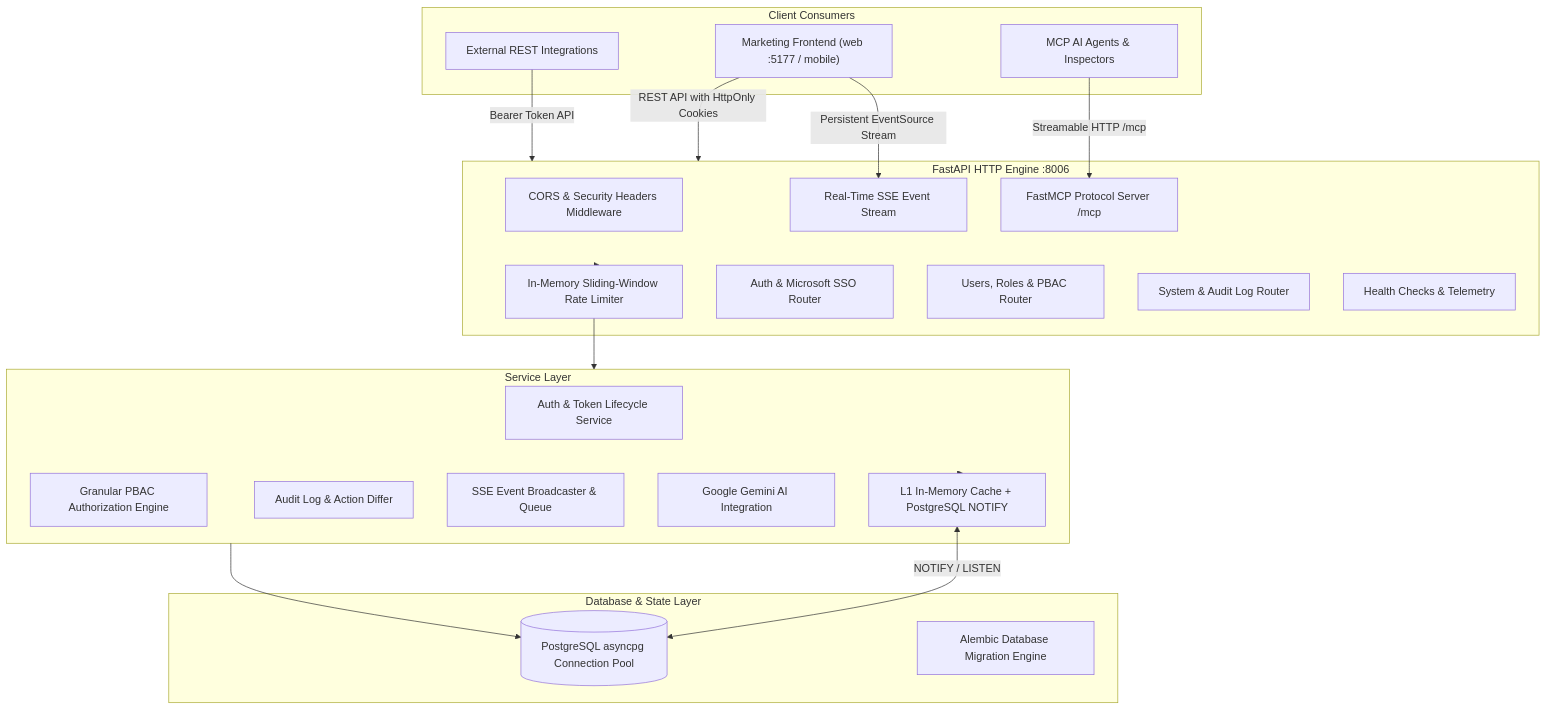
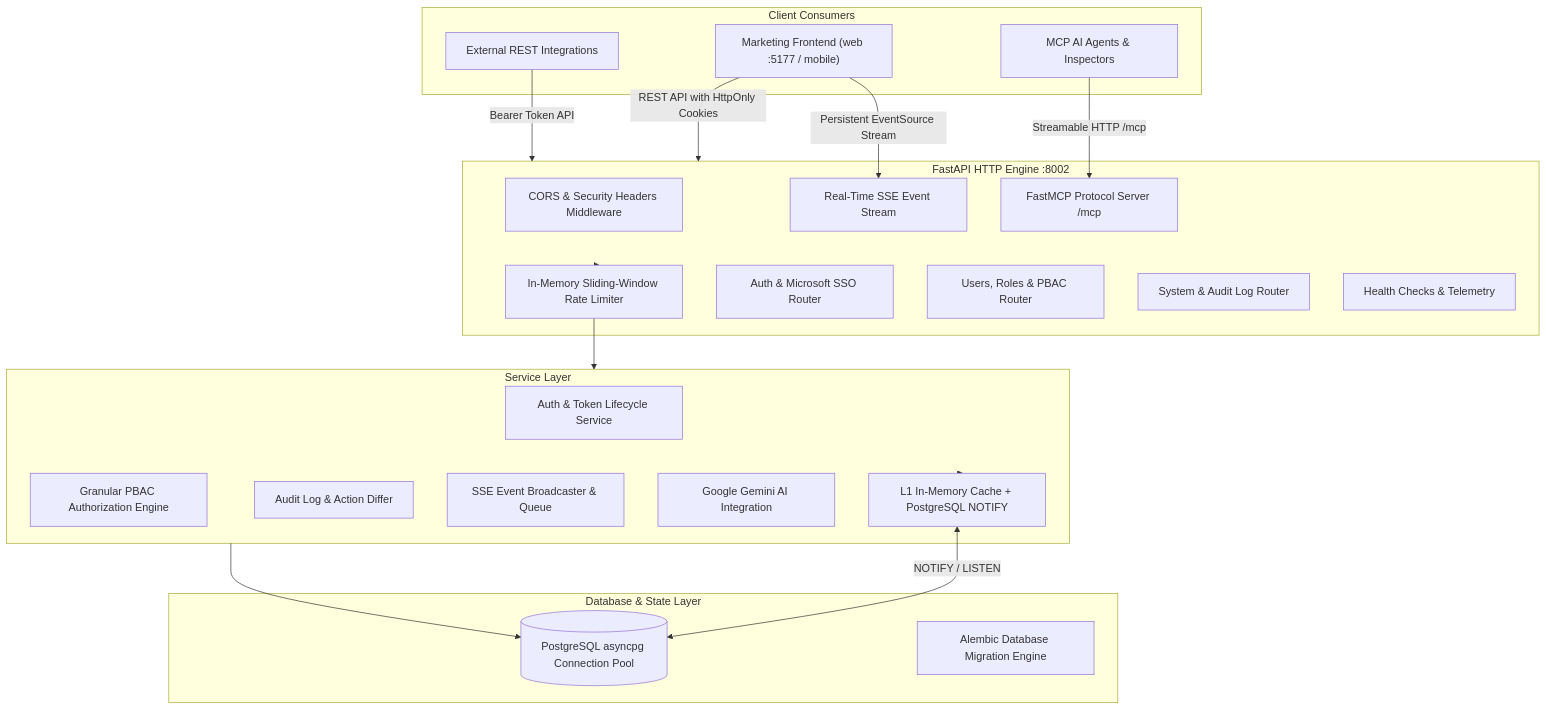
One commit to Rachad-Zenatech/internal_portal_marketing_back changed the diagram in README.md. Above: the diagram before and after it, drawn with Mermaid. The commit also changed other lines of this file and 16 other files, not shown here.

````diff
--- a/README.md
+++ b/README.md
@@ -9,44 +9,44 @@
 ```mermaid
 flowchart TD
     subgraph ClientLayer [Client Consumers]
         FrontApp["Marketing Frontend (web :5177 / mobile)"]
         MCPClient[MCP AI Agents & Inspectors]
         ThirdParty[External REST Integrations]
     end
 
-    subgraph APIGateway [FastAPI HTTP Engine :8006]
+    subgraph APIGateway [FastAPI HTTP Engine :8002]
         CORS[CORS & Security Headers Middleware]
         RateLimit[In-Memory Sliding-Window Rate Limiter]
         AuthRouter[Auth & Microsoft SSO Router]
         RBACRouter[Users, Roles & PBAC Router]
         LogRouter[System & Audit Log Router]
         NotifRouter[Real-Time SSE Event Stream]
         ObsRouter[Health Checks & Telemetry]
         MCPEndpoint[FastMCP Protocol Server /mcp]
     end
 
     subgraph CoreServices [Service Layer]
         AuthService[Auth & Token Lifecycle Service]
         RBACService[Granular PBAC Authorization Engine]
         CacheService[L1 In-Memory Cache + PostgreSQL NOTIFY]
         AuditService[Audit Log & Action Differ]
         NotificationService[SSE Event Broadcaster & Queue]
         GeminiService[Google Gemini AI Integration]
     end
 
     subgraph DataPersistence [Database & State Layer]
         PG[(PostgreSQL asyncpg Connection Pool)]
         Alembic[Alembic Database Migration Engine]
     end
 
     FrontApp -->|REST API with HttpOnly Cookies| APIGateway
     FrontApp -->|Persistent EventSource Stream| NotifRouter
     MCPClient -->|Streamable HTTP /mcp| MCPEndpoint
     ThirdParty -->|Bearer Token API| APIGateway
 
     APIGateway --> RateLimit
     RateLimit --> CoreServices
     CoreServices --> CacheService
     CoreServices --> PG
     CacheService <-->|NOTIFY / LISTEN| PG
 ```
````
